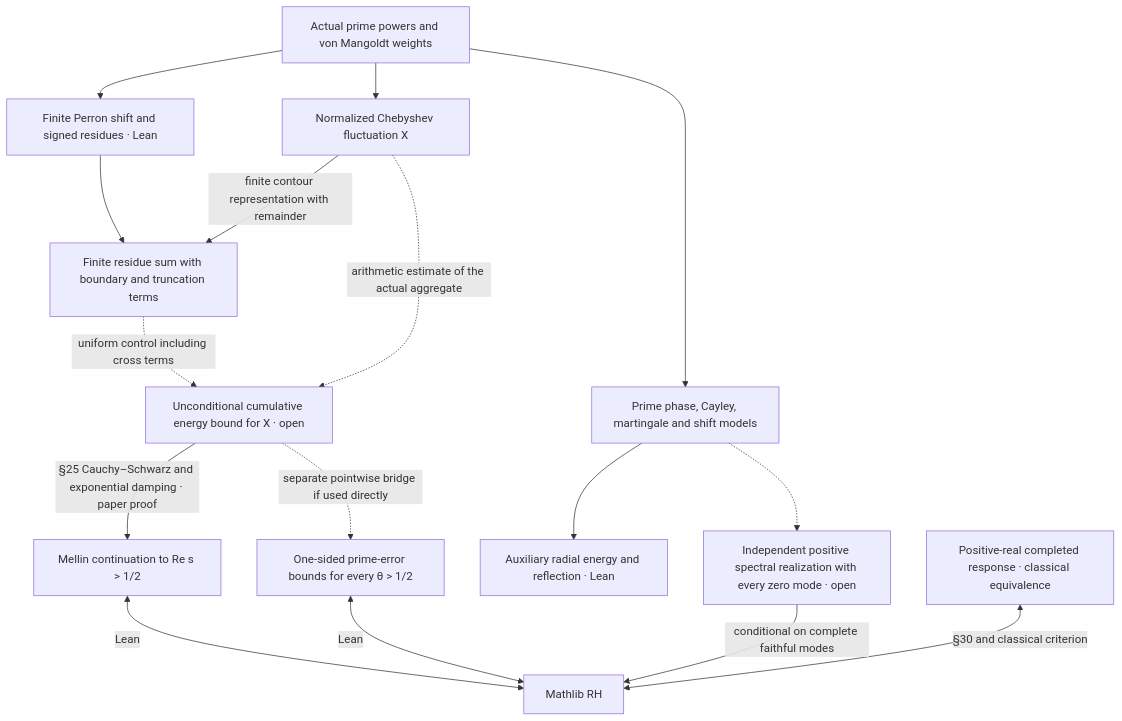
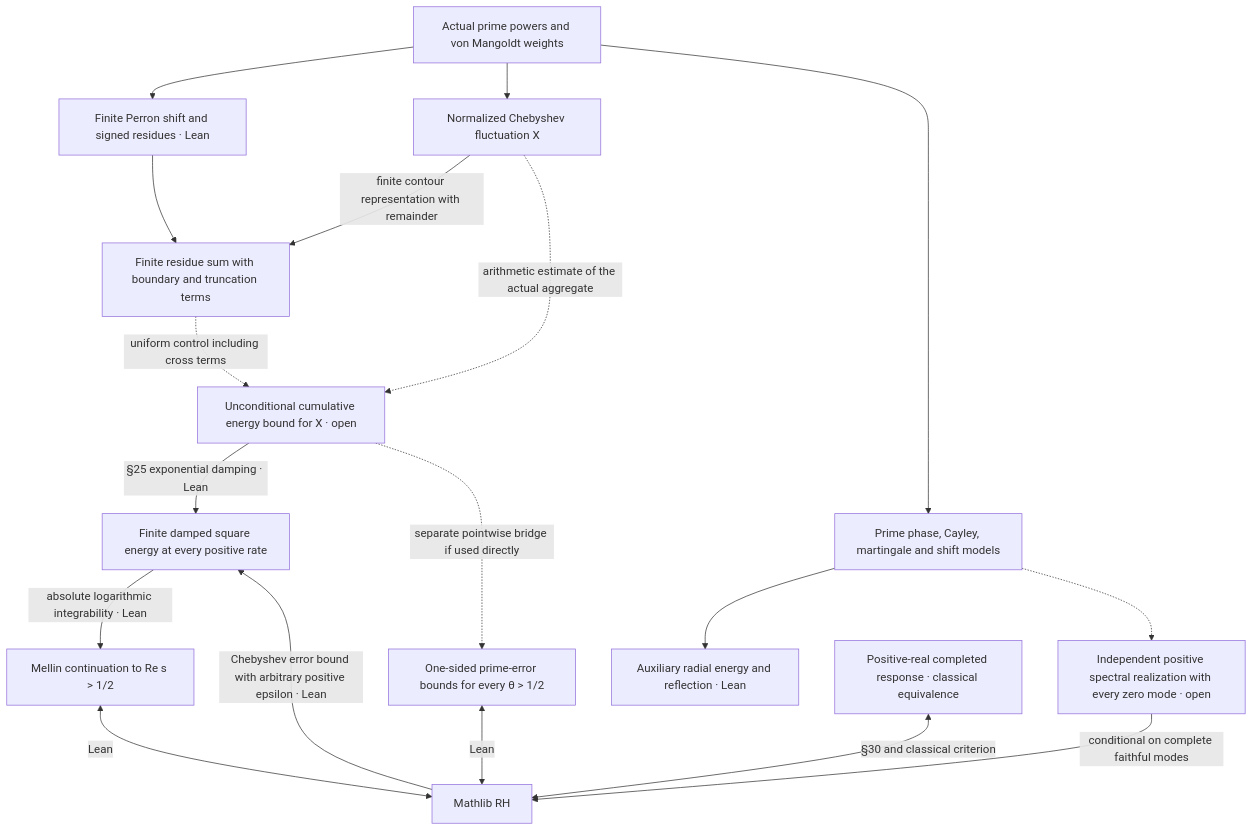
The diagram in explorations/v22-proof-audit.md (zetacheng/riemann-zeros-angles-radii), drawn with Mermaid before and after one commit. The commit also changed other lines of this file and 2 other files, not shown here.

Commit message:
Verify the v22 Chebyshev energy criterion in Lean

````diff
--- a/explorations/v22-proof-audit.md
+++ b/explorations/v22-proof-audit.md
@@ -9,30 +9,33 @@
 ```mermaid
 flowchart TD
   A["Actual prime powers and von Mangoldt weights"]
   P["Finite Perron shift and signed residues · Lean"]
   X["Normalized Chebyshev fluctuation X"]
   W["Finite residue sum with boundary and truncation terms"]
   E["Unconditional cumulative energy bound for X · open"]
+  DE["Finite damped square energy at every positive rate"]
   M["Mellin continuation to Re s > 1/2"]
   B["One-sided prime-error bounds for every θ > 1/2"]
   H["Mathlib RH"]
   S["Prime phase, Cayley, martingale and shift models"]
   V["Auxiliary radial energy and reflection · Lean"]
   R["Independent positive spectral realization with every zero mode · open"]
   D["Positive-real completed response · classical equivalence"]
   A --> P
   A --> X
   P --> W
   X -->|"finite contour representation with remainder"| W
   W -.->|"uniform control including cross terms"| E
   X -.->|"arithmetic estimate of the actual aggregate"| E
-  E -->|"§25 Cauchy–Schwarz and exponential damping · paper proof"| M
+  E -->|"§25 exponential damping · Lean"| DE
+  DE -->|"absolute logarithmic integrability · Lean"| M
+  H -->|"Chebyshev error bound with arbitrary positive epsilon · Lean"| DE
   M <-->|"Lean"| H
   B <-->|"Lean"| H
   E -.->|"separate pointwise bridge if used directly"| B
   A --> S
   S --> V
   S -.-> R
   R -->|"conditional on complete faithful modes"| H
   D <-->|"§30 and classical criterion"| H
 ```
````
